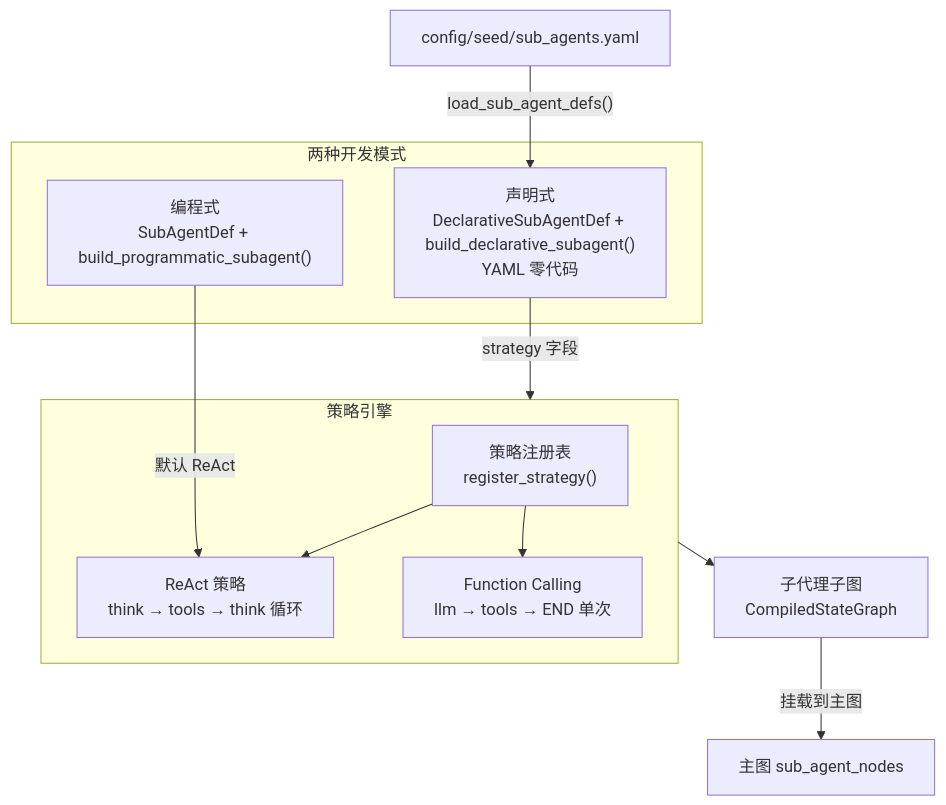
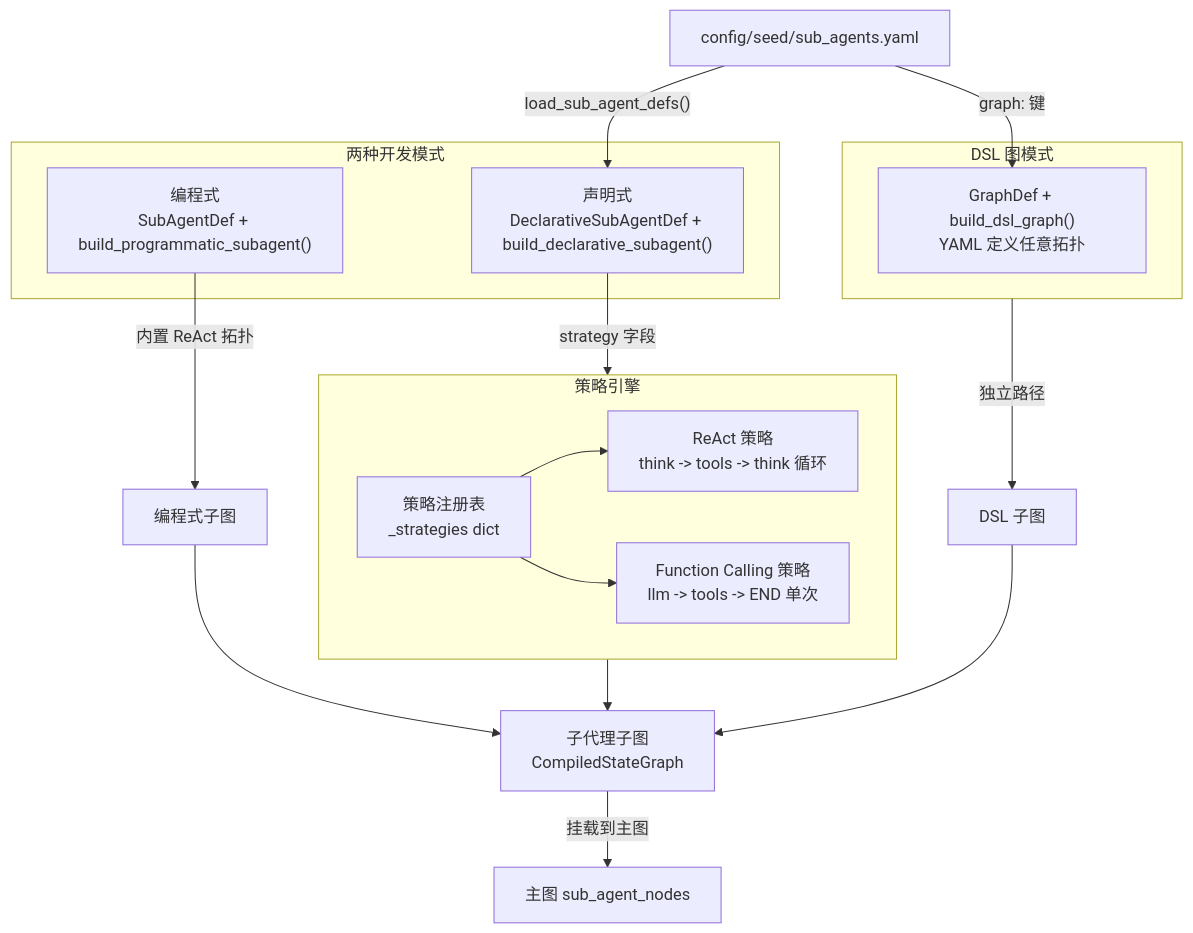
The diagram in doc/modules/agents.md (heelynn/artipivot), drawn with Mermaid before and after one commit. The commit also changed other lines of this file and 64 other files, not shown here.

````diff
--- a/doc/modules/agents.md
+++ b/doc/modules/agents.md
@@ -5,21 +5,29 @@
 ```mermaid
 flowchart TD
     subgraph Strategies["策略引擎"]
-        Registry["策略注册表<br/>register_strategy()"]
-        Registry --> ReAct["ReAct 策略<br/>think → tools → think 循环"]
-        Registry --> FC["Function Calling<br/>llm → tools → END 单次"]
+        Reg["策略注册表<br/>_strategies dict"]
+        Reg --> ReAct["ReAct 策略<br/>think -> tools -> think 循环"]
+        Reg --> FC["Function Calling 策略<br/>llm -> tools -> END 单次"]
     end
 
     subgraph Modes["两种开发模式"]
         Prog["编程式<br/>SubAgentDef + build_programmatic_subagent()"]
-        Decl["声明式<br/>DeclarativeSubAgentDef + build_declarative_subagent()<br/>YAML 零代码"]
+        Decl["声明式<br/>DeclarativeSubAgentDef + build_declarative_subagent()"]
     end
 
-    Decl --> |"strategy 字段"| Strategies
-    Prog --> |"默认 ReAct"| ReAct
+    subgraph DSL["DSL 图模式"]
+        GD["GraphDef + build_dsl_graph()<br/>YAML 定义任意拓扑"]
+    end
+
+    Decl -->|"strategy 字段"| Strategies
+    Prog -->|"内置 ReAct 拓扑"| ProgGraph["编程式子图"]
+    DSL -->|"独立路径"| DSLGraph["DSL 子图"]
 
     Strategies --> SubGraph["子代理子图<br/>CompiledStateGraph"]
-    SubGraph --> |"挂载到主图"| MainGraph["主图 sub_agent_nodes"]
+    ProgGraph --> SubGraph
+    DSLGraph --> SubGraph
+    SubGraph -->|"挂载到主图"| MainGraph["主图 sub_agent_nodes"]
 
-    YAML["config/seed/sub_agents.yaml"] --> |"load_sub_agent_defs()"| Decl
+    YAML["config/seed/sub_agents.yaml"] -->|"load_sub_agent_defs()"| Decl
+    YAML -->|"graph: 键"| GD
 ```
````
